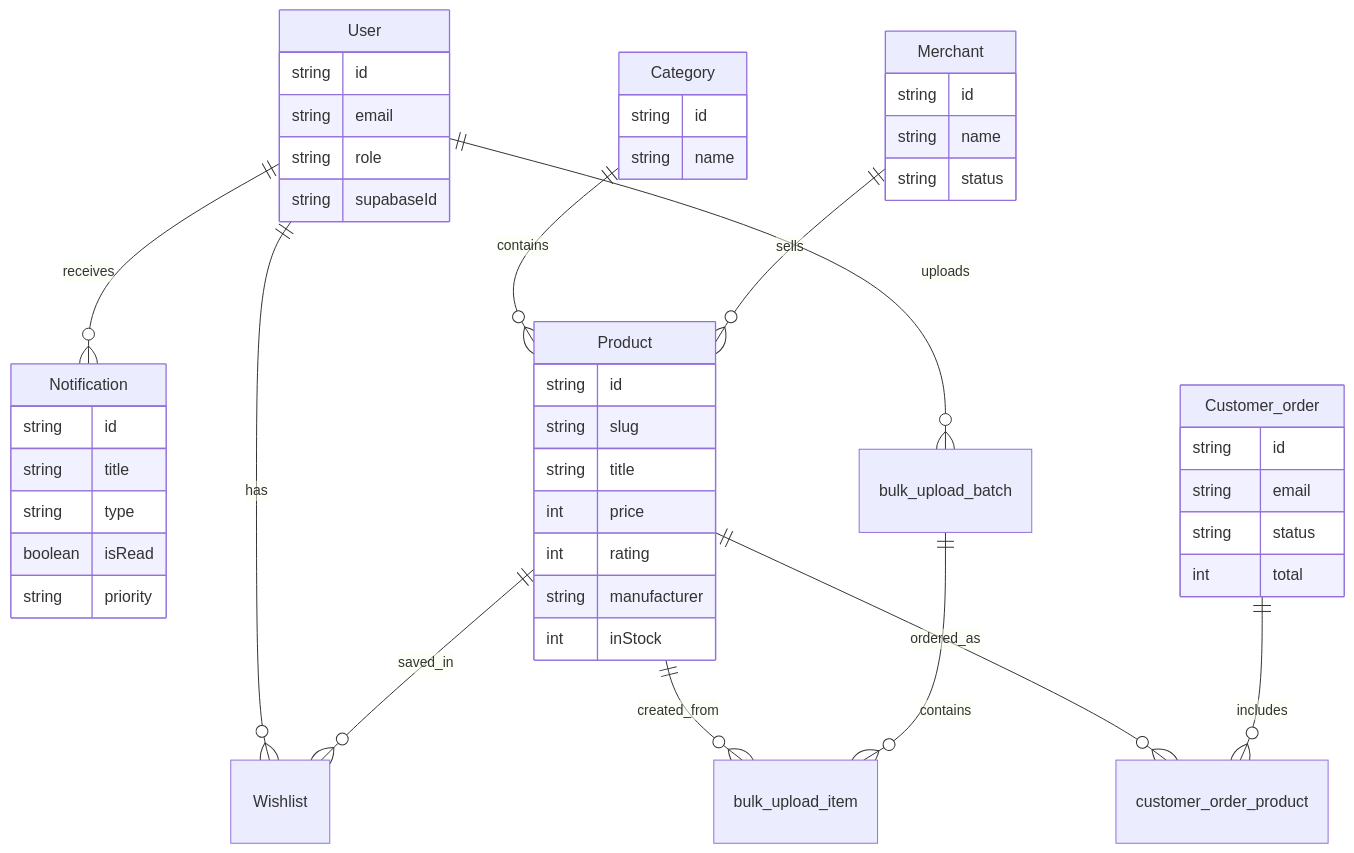
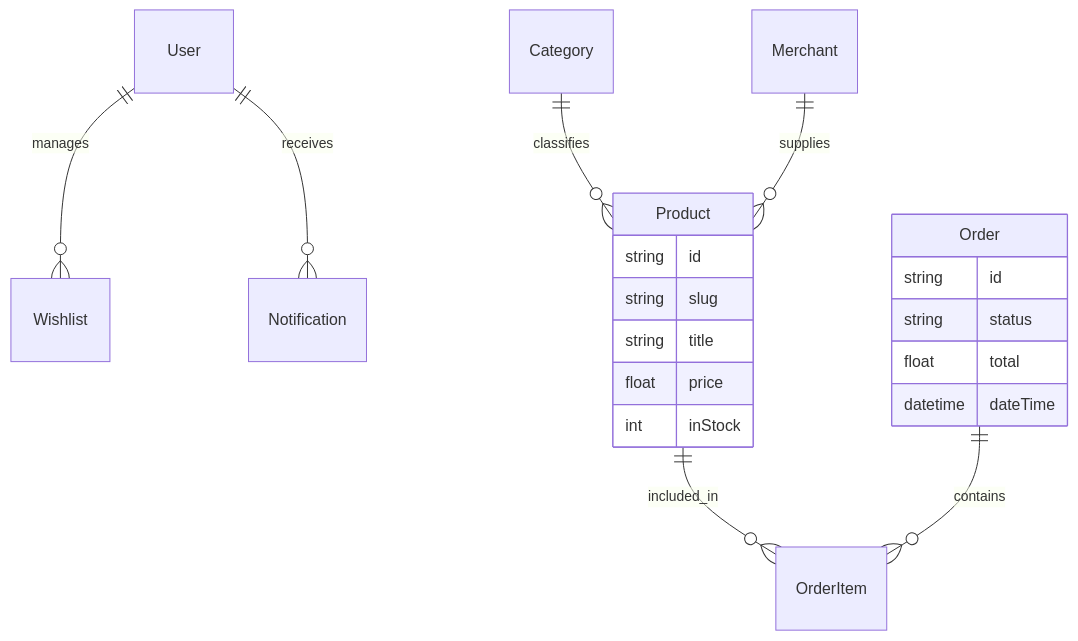
The fourth of 4 diagrams in README.md (Arslan-web-Dev/full-stack-Electronics-eCommerce-Shop), drawn with Mermaid before and after one commit. The commit also changed other lines of this file, not shown here.

````diff
--- a/README.md
+++ b/README.md
@@ -144,58 +90,23 @@
 ```mermaid
 erDiagram
-  User ||--o{ Wishlist : has
+  User ||--o{ Wishlist : manages
   User ||--o{ Notification : receives
-  User ||--o{ bulk_upload_batch : uploads
-
-  Category ||--o{ Product : contains
-  Merchant ||--o{ Product : sells
-  Product ||--o{ Wishlist : saved_in
-  Product ||--o{ customer_order_product : ordered_as
-  Product ||--o{ bulk_upload_item : created_from
-
-  Customer_order ||--o{ customer_order_product : includes
-  bulk_upload_batch ||--o{ bulk_upload_item : contains
-
-  User {
-    string id
-    string email
-    string role
-    string supabaseId
-  }
+  Category ||--o{ Product : classifies
+  Merchant ||--o{ Product : supplies
+  Product ||--o{ OrderItem : included_in
+  Order ||--o{ OrderItem : contains
 
   Product {
     string id
     string slug
     string title
-    int price
-    int rating
-    string manufacturer
+    float price
     int inStock
   }
-
-  Category {
+  Order {
     string id
-    string name
-  }
-
-  Merchant {
-    string id
-    string name
     string status
-  }
-
-  Customer_order {
-    string id
-    string email
-    string status
-    int total
-  }
-
-  Notification {
-    string id
-    string title
-    string type
-    boolean isRead
-    string priority
+    float total
+    datetime dateTime
   }
 ```
````
